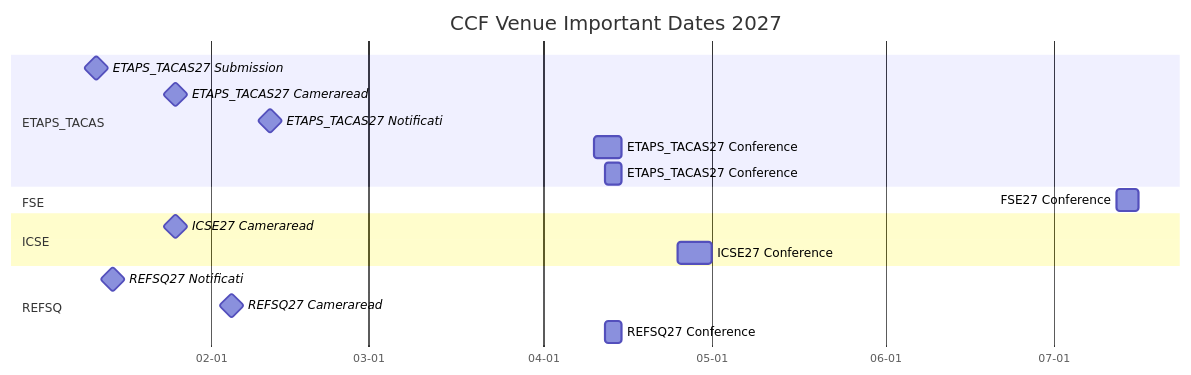
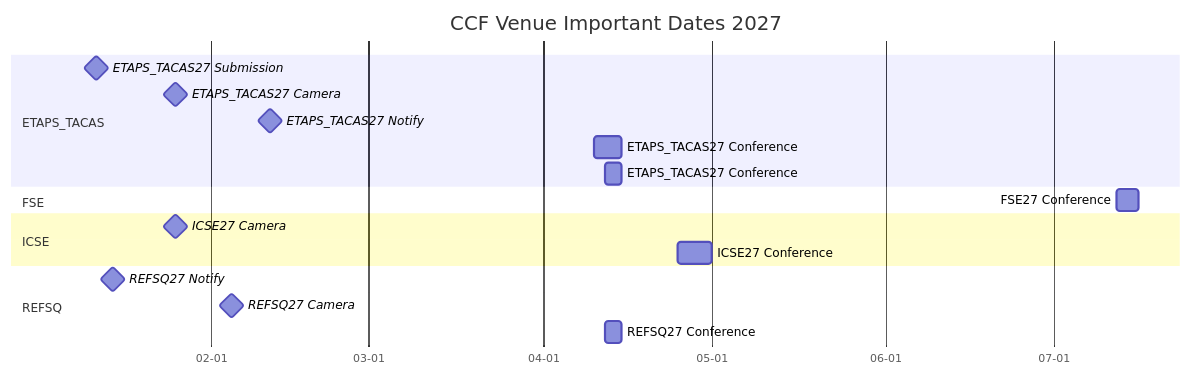
One commit to HansBug/research_ideas changed the second of 9 diagrams in ccf_venues/TIMELINE.md. Above: the diagram before and after it, drawn with Mermaid. The commit also changed other lines of this file and 41 other files, not shown here.

````diff
--- a/ccf_venues/TIMELINE.md
+++ b/ccf_venues/TIMELINE.md
@@ -113,26 +114,26 @@
 ```mermaid
 gantt
   title CCF Venue Important Dates 2027
   dateFormat YYYY-MM-DD
   axisFormat %m-%d
 
   section ETAPS_TACAS
   ETAPS_TACAS27 Submission :milestone, etaps_tacas_2027_1_20270111, 2027-01-11, 1d
-  ETAPS_TACAS27 Cameraread :milestone, etaps_tacas_2027_2_20270125, 2027-01-25, 1d
-  ETAPS_TACAS27 Notificati :milestone, etaps_tacas_2027_3_20270211, 2027-02-11, 1d
+  ETAPS_TACAS27 Camera :milestone, etaps_tacas_2027_2_20270125, 2027-01-25, 1d
+  ETAPS_TACAS27 Notify :milestone, etaps_tacas_2027_3_20270211, 2027-02-11, 1d
   ETAPS_TACAS27 Conference :etaps_tacas_2027_4_20270410, 2027-04-10, 2027-04-15
   ETAPS_TACAS27 Conference :etaps_tacas_2027_5_20270412, 2027-04-12, 2027-04-15
 
   section FSE
   FSE27 Conference :fse_2027_1_20270712, 2027-07-12, 2027-07-16
 
   section ICSE
-  ICSE27 Cameraread :milestone, icse_2027_1_20270125, 2027-01-25, 1d
+  ICSE27 Camera :milestone, icse_2027_1_20270125, 2027-01-25, 1d
   ICSE27 Conference :icse_2027_2_20270425, 2027-04-25, 2027-05-01
 
   section REFSQ
-  REFSQ27 Notificati :milestone, refsq_2027_1_20270114, 2027-01-14, 1d
-  REFSQ27 Cameraread :milestone, refsq_2027_2_20270204, 2027-02-04, 1d
+  REFSQ27 Notify :milestone, refsq_2027_1_20270114, 2027-01-14, 1d
+  REFSQ27 Camera :milestone, refsq_2027_2_20270204, 2027-02-04, 1d
   REFSQ27 Conference :refsq_2027_3_20270412, 2027-04-12, 2027-04-15
 
 ```
````
